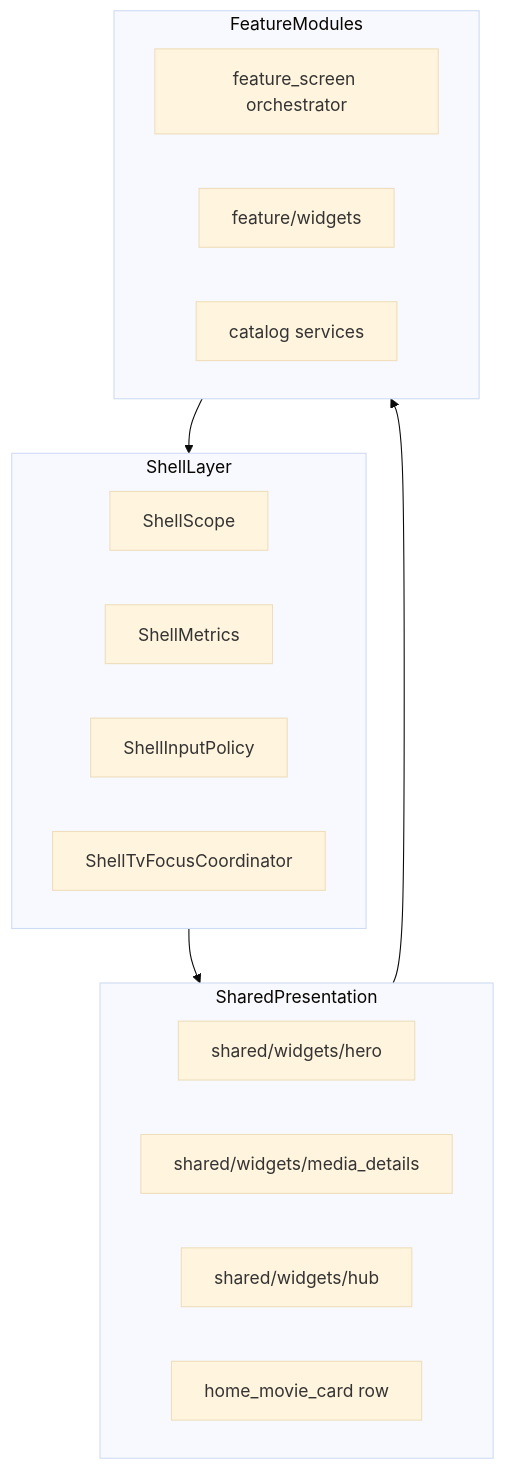
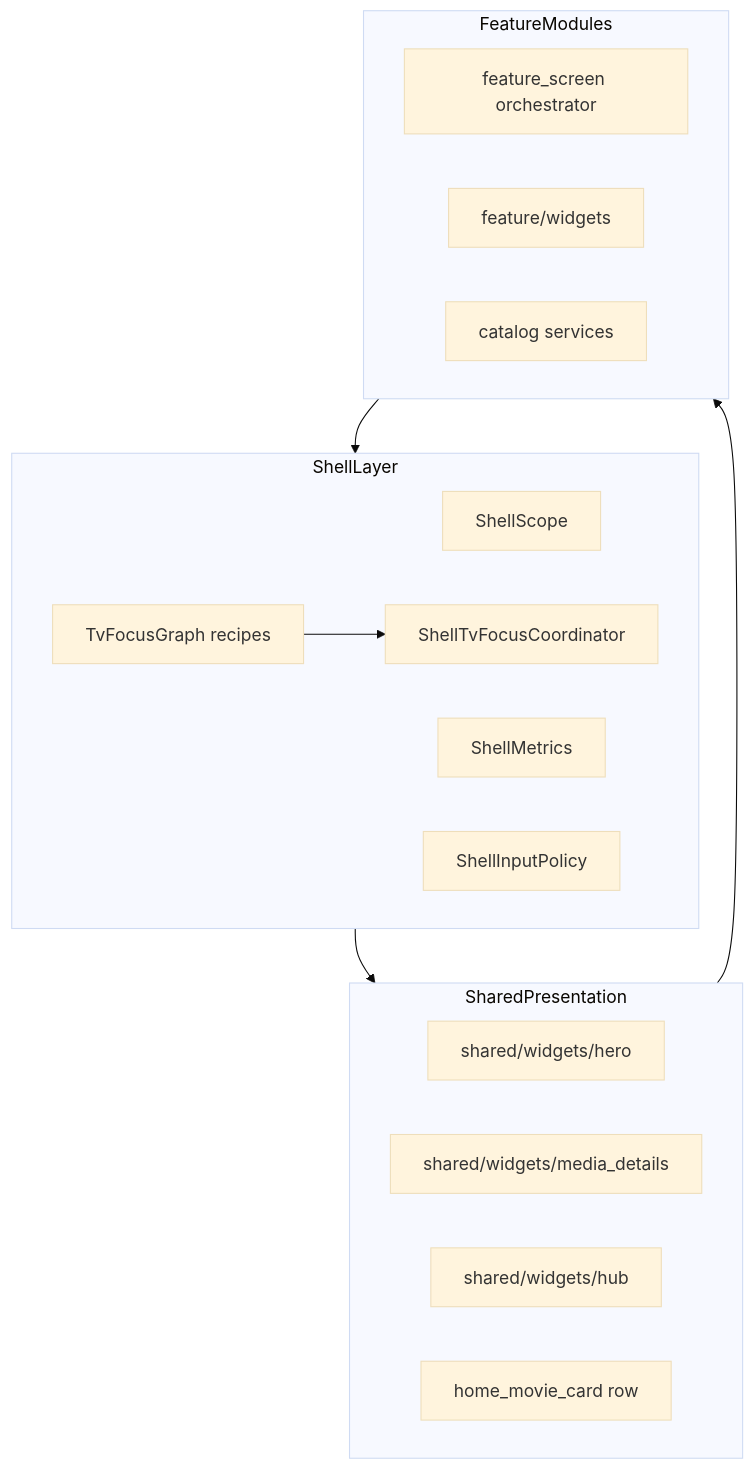
The diagram in docs/architecture/feature-file-map.md (mGhassen/Forja), drawn with Mermaid (base theme) before and after one commit. The commit also changed other lines of this file and 74 other files, not shown here.

````diff
--- a/docs/architecture/feature-file-map.md
+++ b/docs/architecture/feature-file-map.md
@@ -262,23 +262,25 @@
 ```mermaid
 flowchart TB
   subgraph shell [ShellLayer]
     ShellScope[ShellScope]
     ShellMetrics[ShellMetrics]
     ShellInputPolicy[ShellInputPolicy]
+    TvGraph[TvFocusGraph recipes]
     TvCoord[ShellTvFocusCoordinator]
   end
   subgraph shared [SharedPresentation]
     hero[shared/widgets/hero]
     media[shared/widgets/media_details]
     hub[shared/widgets/hub]
     cards[home_movie_card row]
   end
   subgraph features [FeatureModules]
     orch[feature_screen orchestrator]
     widgets[feature/widgets]
     catalog[catalog services]
   end
+  TvGraph --> TvCoord
   shell --> shared
   shared --> features
   features --> shell
 ```
````
